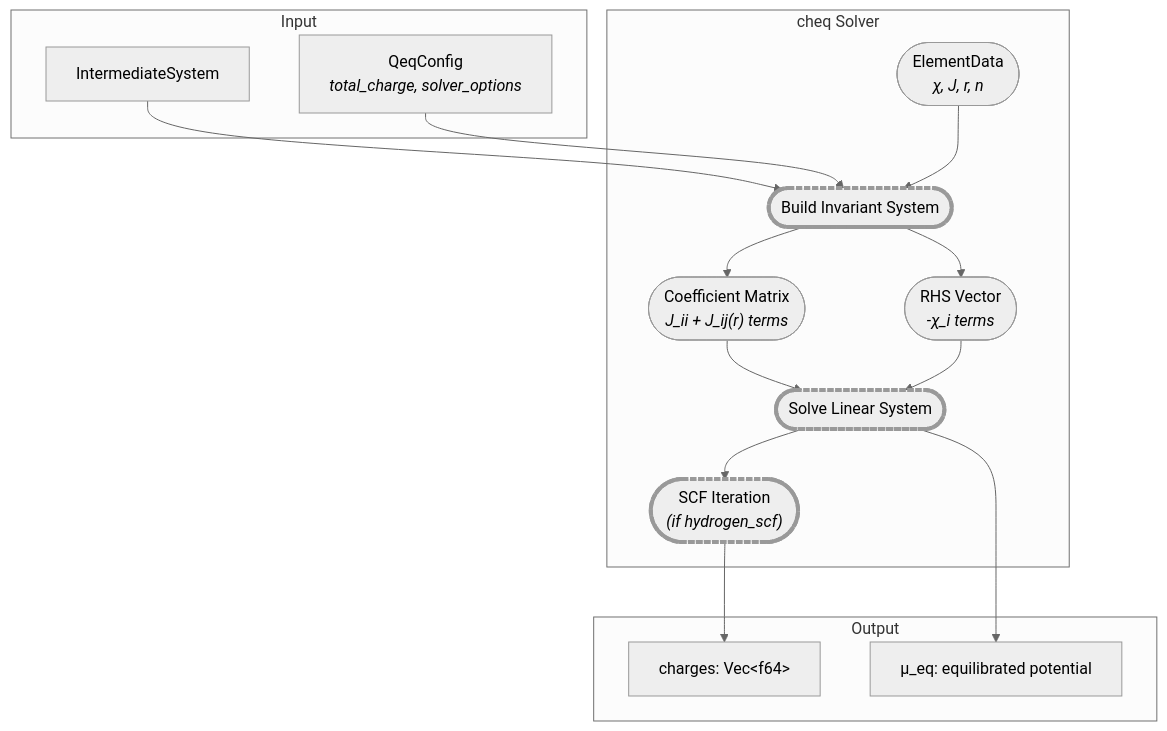
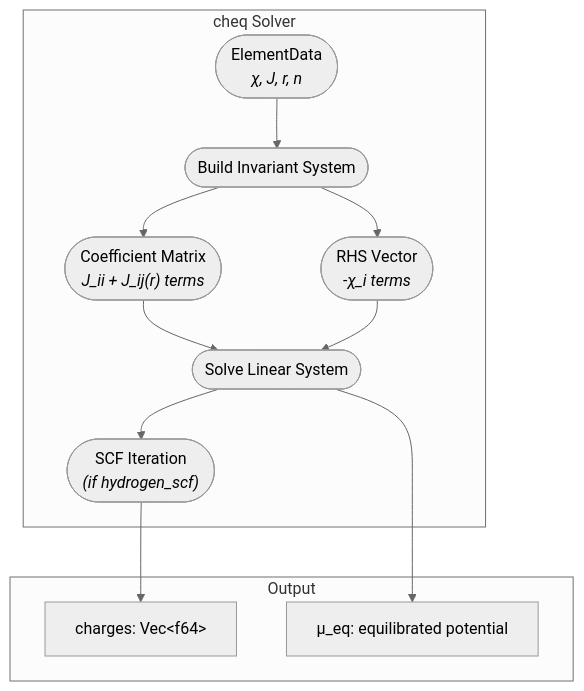
The ninth of 18 diagrams in ARCHITECTURE.md (caltechmsc/dreid-forge), drawn with Mermaid (neutral theme) before and after one commit. The commit also changed other lines of this file, not shown here.

Commit message:
docs(architecture): Update charge calculation section to include hybrid method and external crate integration

````diff
--- a/ARCHITECTURE.md
+++ b/ARCHITECTURE.md
@@ -439,34 +477,24 @@
 ```mermaid
 flowchart TD
-    subgraph "Input"
-        INT["IntermediateSystem"]
-        QCF["QeqConfig<br><i>total_charge, solver_options</i>"]
-    end
-
     subgraph "cheq Solver"
         PARAMS(["ElementData<br><i>χ, J, r, n</i>"])
         BUILD(["Build Invariant System"])
         MATRIX(["Coefficient Matrix<br><i>J_ii + J_ij(r) terms</i>"])
         RHS(["RHS Vector<br><i>-χ_i terms</i>"])
         SOLVE(["Solve Linear System"])
         SCF(["SCF Iteration<br><i>(if hydrogen_scf)</i>"])
     end
 
     subgraph "Output"
         CHARGES["charges: Vec&lt;f64&gt;"]
         MU["μ_eq: equilibrated potential"]
     end
 
-    INT --> BUILD
-    QCF --> BUILD
     PARAMS --> BUILD
     BUILD --> MATRIX
     BUILD --> RHS
     MATRIX --> SOLVE
     RHS --> SOLVE
     SOLVE --> SCF --> CHARGES
     SOLVE --> MU
-
-    classDef doubleBorder stroke-width:4px,stroke-dasharray: 6 2;
-    class BUILD,SOLVE,SCF doubleBorder;
 ```
````
